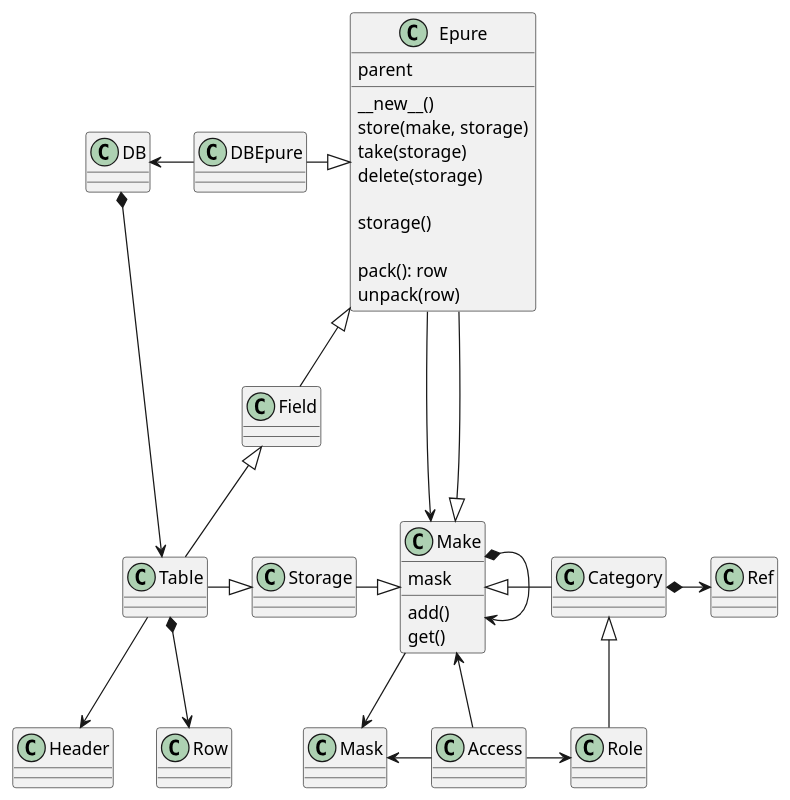
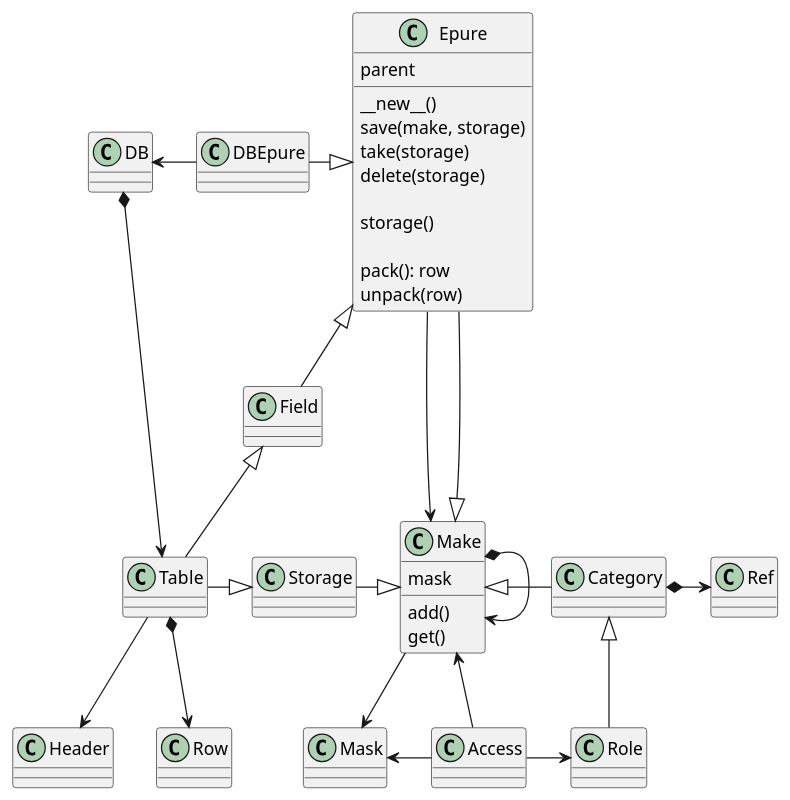
Before and after one commit to nagvalhm/epure: the diagram in uml/epure.wsd, drawn with PlantUML. The commit also changed 7 other files, not shown here.

```diff
--- a/uml/epure.wsd
+++ b/uml/epure.wsd
@@ -1,65 +1,65 @@
 
 ' enum box{
 '     null(abstract)
 '     this(parent)
 '     Storage.get(storageName)
 ' }
 
 class Epure{
     parent
     __new__()    
-    store(make, storage)
+    save(make, storage)
     take(storage)
     delete(storage)
 
     storage()
 
     pack(): row
     unpack(row)
 }
 
 class Make{
     add()
     get()
     mask
 }
 
 ' Storage <|-- EpureStorage
 ' EpureBox *--> Epure
 ' Model --> container
 Epure --> Make
 ' Make <|-up- Primitive
 
 
 Make *--> Make
 Make <|-left- Storage
 Storage <|-left- Table
 ' Storage <|-- NoSql
 
 Epure --|> Make
 Epure <|-left- DBEpure
 Field -up-|> Epure
 DBEpure -left-> DB
 Field <|-- Table
 DB *--> Table
 Table --> Header
 Table *--> Row
 
 Category *-right-> Ref
 Make <|-right- Category
 Make --> Mask
 
 
 ' Model --> View
 ' Category <|-- View
 ' View o--> Model
 
 Category <|-- Role
 ' Access -up-> Node
     Access -right-> Role
     Access -left-> Mask
     Access -up-> Make
     ' Access -down-> Predicate
 
 ' Migration --> BD
 ' Migration --> Epure
```
